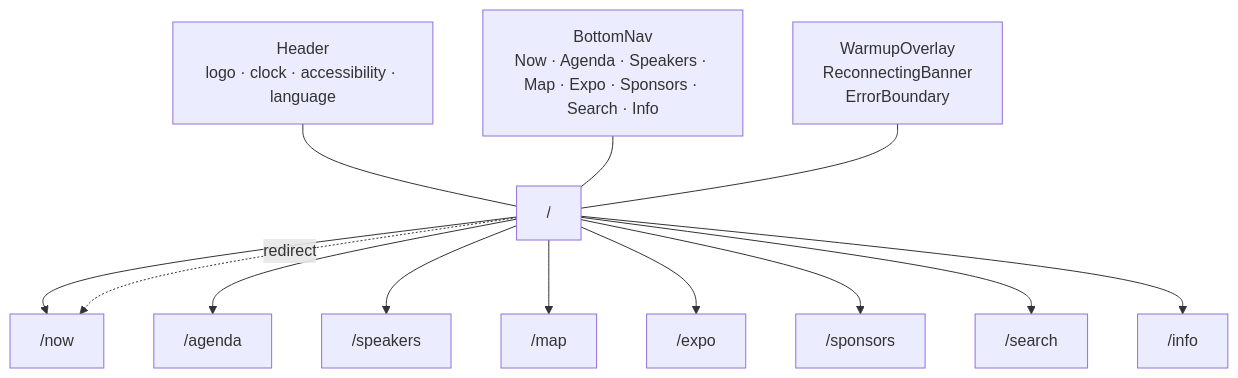
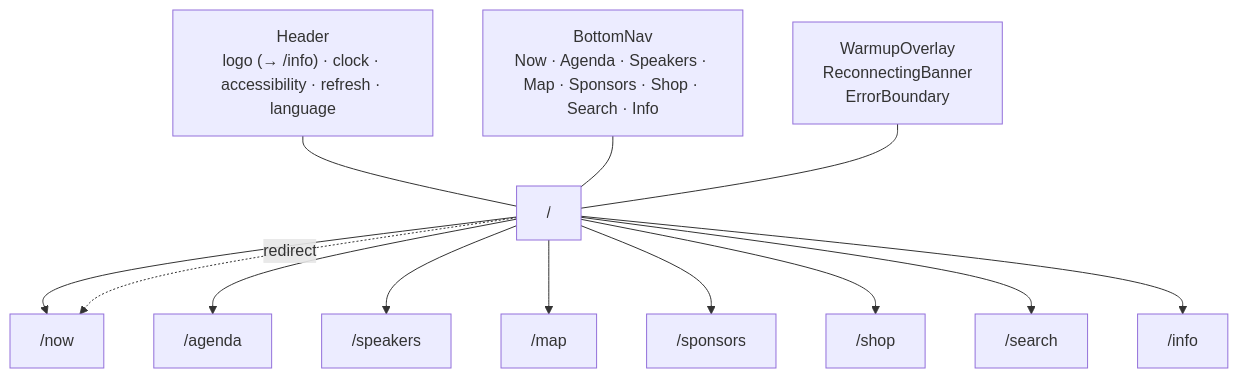
Before and after one commit to expertslive/ziggy: the third of 4 diagrams in docs/architecture.md, drawn with Mermaid. The commit also changed other lines of this file and 18 other files, not shown here.

````diff
--- a/docs/architecture.md
+++ b/docs/architecture.md
@@ -112,20 +121,20 @@
 ```mermaid
 flowchart TD
     Root["/"] --> Now["/now"]
     Root -.redirect.-> Now
     Root --> Agenda["/agenda"]
     Root --> Speakers["/speakers"]
     Root --> Map["/map"]
-    Root --> Expo["/expo"]
     Root --> Sponsors["/sponsors"]
+    Root --> Shop["/shop"]
     Root --> Search["/search"]
     Root --> Info["/info"]
 
-    H["Header<br/>logo · clock · accessibility · language"]
-    BN["BottomNav<br/>Now · Agenda · Speakers · Map · Expo · Sponsors · Search · Info"]
+    H["Header<br/>logo (→ /info) · clock · accessibility · refresh · language"]
+    BN["BottomNav<br/>Now · Agenda · Speakers · Map · Sponsors · Shop · Search · Info"]
     Overlays["WarmupOverlay<br/>ReconnectingBanner<br/>ErrorBoundary"]
 
     H --- Root
     BN --- Root
     Overlays --- Root
 ```
````
